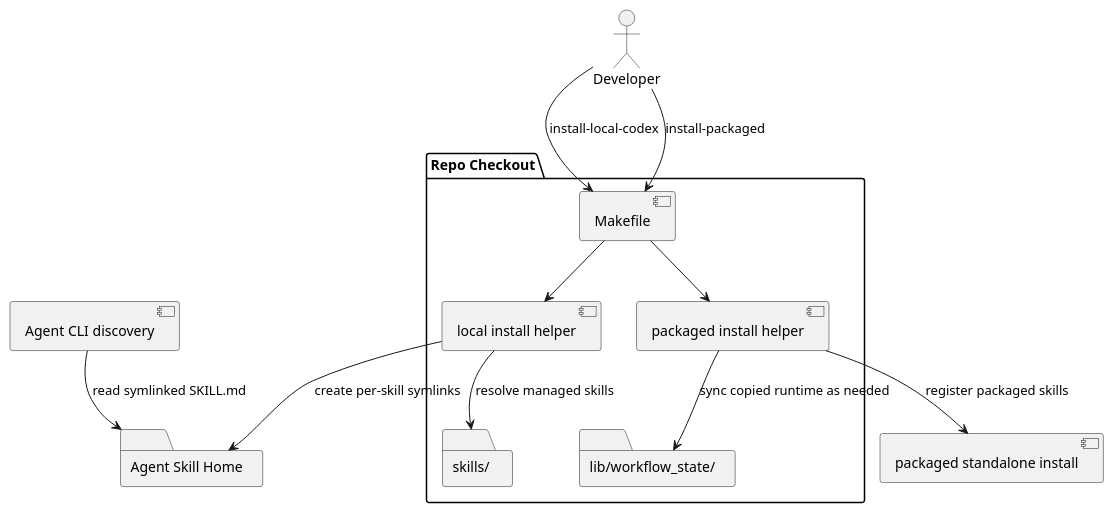
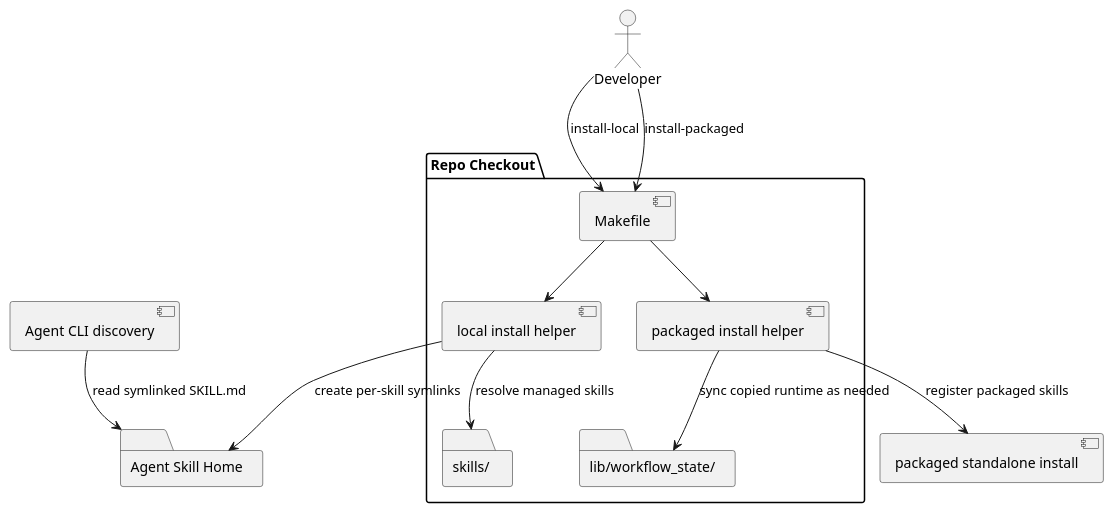
Before and after one commit to sirius-cc-wu/sirius-skills: the diagram in docs/features/installation-and-configuration/subfeatures/split-install-modes/system-design.md, drawn with PlantUML. The commit also changed other lines of this file and 8 other files, not shown here.

````diff
--- a/docs/features/installation-and-configuration/subfeatures/split-install-modes/system-design.md
+++ b/docs/features/installation-and-configuration/subfeatures/split-install-modes/system-design.md
@@ -225,26 +227,26 @@
 ```plantuml
 @startuml
 actor Developer
 folder "Repo Checkout" {
   folder "skills/" as Skills
   folder "lib/workflow_state/" as SharedLib
   component "Makefile" as Makefile
   component "local install helper" as LocalHelper
   component "packaged install helper" as PackagedHelper
 }
 folder "Agent Skill Home" as AgentsSkills
 component "Agent CLI discovery" as AgentDiscovery
 component "packaged standalone install" as PackagedInstall
 
-Developer --> Makefile : install-local-codex
+Developer --> Makefile : install-local
 Makefile --> LocalHelper
 LocalHelper --> Skills : resolve managed skills
 LocalHelper --> AgentsSkills : create per-skill symlinks
 AgentDiscovery --> AgentsSkills : read symlinked SKILL.md
 
 Developer --> Makefile : install-packaged
 Makefile --> PackagedHelper
 PackagedHelper --> SharedLib : sync copied runtime as needed
 PackagedHelper --> PackagedInstall : register packaged skills
 @enduml
 ```
````
